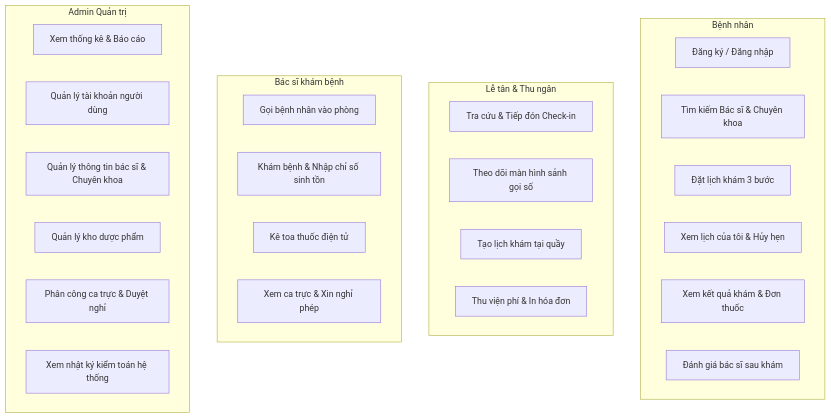
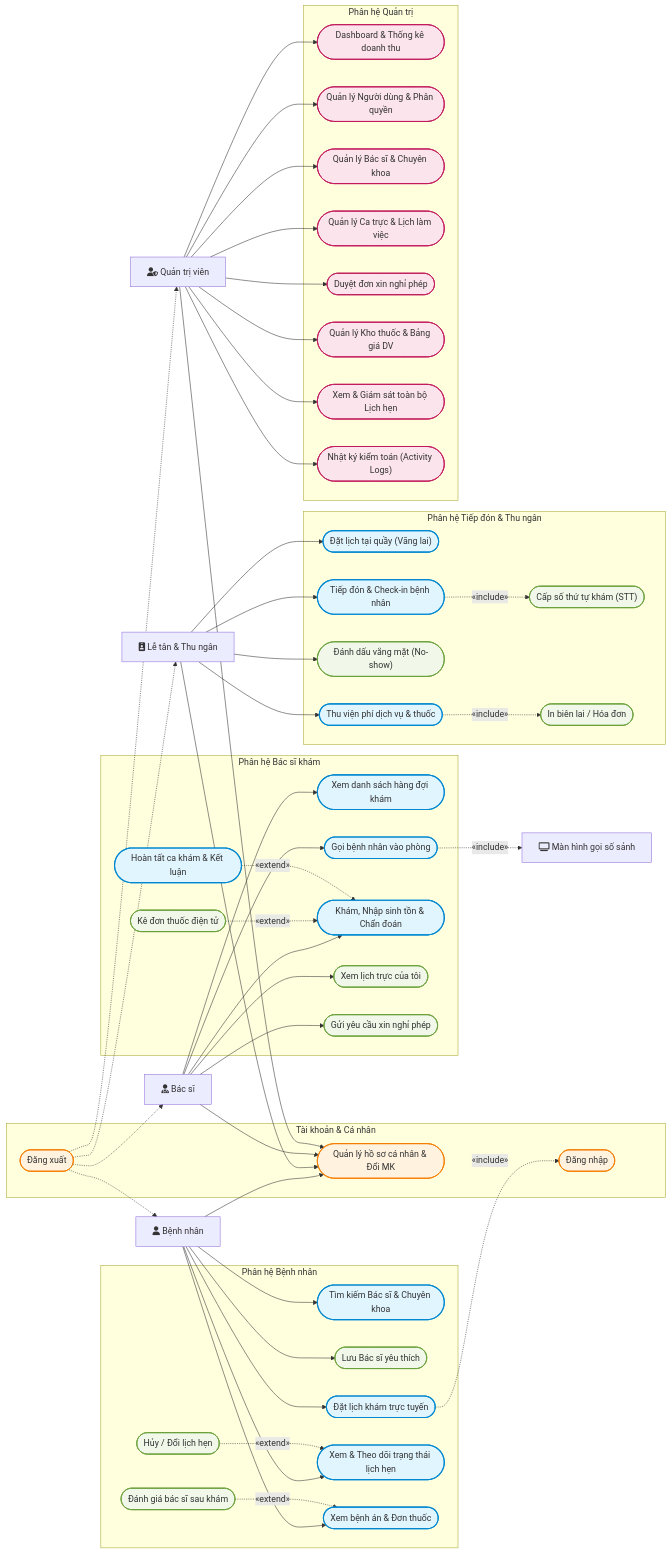
The diagram in docs/USE_CASE.md (ntrungz0704/MediBook), drawn with Mermaid before and after one commit. The commit also changed other lines of this file and 35 other files, not shown here.

Commit message:
feat: complete MediBook clinic management system with 4-role RBAC, appointment booking, e-prescriptions, queue display, and doctor module fix

````diff
--- a/docs/USE_CASE.md
+++ b/docs/USE_CASE.md
@@ -5,34 +18,114 @@
 ```mermaid
-graph TD
-  subgraph KhachHang [Bệnh nhân]
-    UC_Reg[Đăng ký / Đăng nhập]
-    UC_Search[Tìm kiếm Bác sĩ & Chuyên khoa]
-    UC_Book[Đặt lịch khám 3 bước]
-    UC_MyBook[Xem lịch của tôi & Hủy hẹn]
-    UC_Record[Xem kết quả khám & Đơn thuốc]
-    UC_Review[Đánh giá bác sĩ sau khám]
-  end
+flowchart LR
+    %% Actors
+    Patient["fa:fa-user Bệnh nhân"]
+    Receptionist["fa:fa-id-badge Lễ tân & Thu ngân"]
+    Doctor["fa:fa-user-md Bác sĩ"]
+    Admin["fa:fa-user-shield Quản trị viên"]
+    LiveBoard["fa:fa-tv Màn hình gọi số sảnh"]
 
-  subgraph LeTan [Lễ tân & Thu ngân]
-    UC_Checkin[Tra cứu & Tiếp đón Check-in]
-    UC_QueueBoard[Theo dõi màn hình sảnh gọi số]
-    UC_Walkin[Tạo lịch khám tại quầy]
-    UC_Payment[Thu viện phí & In hóa đơn]
-  end
+    %% Auth & Profile
+    subgraph UC_General [Tài khoản & Cá nhân]
+        UC_Login(["Đăng nhập"]):::common
+        UC_Logout(["Đăng xuất"]):::common
+        UC_Profile(["Quản lý hồ sơ cá nhân & Đổi MK"]):::common
+    end
 
-  subgraph BacSi [Bác sĩ khám bệnh]
-    UC_Call[Gọi bệnh nhân vào phòng]
-    UC_Examine[Khám bệnh & Nhập chỉ số sinh tồn]
-    UC_Prescribe[Kê toa thuốc điện tử]
-    UC_DocSchedule[Xem ca trực & Xin nghỉ phép]
-  end
+    %% Patient Subgraph
+    subgraph UC_Patient [Phân hệ Bệnh nhân]
+        UC_Search(["Tìm kiếm Bác sĩ & Chuyên khoa"]):::core
+        UC_Fav(["Lưu Bác sĩ yêu thích"]):::sub
+        UC_Book(["Đặt lịch khám trực tuyến"]):::core
+        UC_MyAppt(["Xem & Theo dõi trạng thái lịch hẹn"]):::core
+        UC_Cancel(["Hủy / Đổi lịch hẹn"]):::sub
+        UC_History(["Xem bệnh án & Đơn thuốc"]):::core
+        UC_Review(["Đánh giá bác sĩ sau khám"]):::sub
+    end
 
-  subgraph QuanTri [Admin Quản trị]
-    UC_AdminDash[Xem thống kê & Báo cáo]
-    UC_UserCRUD[Quản lý tài khoản người dùng]
-    UC_DoctorCRUD[Quản lý thông tin bác sĩ & Chuyên khoa]
-    UC_MedicineCRUD[Quản lý kho dược phẩm]
-    UC_ScheduleCRUD[Phân công ca trực & Duyệt nghỉ]
-    UC_AuditLog[Xem nhật ký kiểm toán hệ thống]
-  end
+    %% Receptionist Subgraph
+    subgraph UC_Receptionist [Phân hệ Tiếp đón & Thu ngân]
+        UC_Walkin(["Đặt lịch tại quầy (Vãng lai)"]):::core
+        UC_Checkin(["Tiếp đón & Check-in bệnh nhân"]):::core
+        UC_STT(["Cấp số thứ tự khám (STT)"]):::sub
+        UC_NoShow(["Đánh dấu vắng mặt (No-show)"]):::sub
+        UC_Payment(["Thu viện phí dịch vụ & thuốc"]):::core
+        UC_Receipt(["In biên lai / Hóa đơn"]):::sub
+    end
+
+    %% Doctor Subgraph
+    subgraph UC_Doctor [Phân hệ Bác sĩ khám]
+        UC_Queue(["Xem danh sách hàng đợi khám"]):::core
+        UC_Call(["Gọi bệnh nhân vào phòng"]):::core
+        UC_Examine(["Khám, Nhập sinh tồn & Chẩn đoán"]):::core
+        UC_Prescribe(["Kê đơn thuốc điện tử"]):::sub
+        UC_Complete(["Hoàn tất ca khám & Kết luận"]):::core
+        UC_Shift(["Xem lịch trực của tôi"]):::sub
+        UC_Leave(["Gửi yêu cầu xin nghỉ phép"]):::sub
+    end
+
+    %% Admin Subgraph
+    subgraph UC_Admin [Phân hệ Quản trị]
+        UC_Dash(["Dashboard & Thống kê doanh thu"]):::admin
+        UC_Users(["Quản lý Người dùng & Phân quyền"]):::admin
+        UC_Docs(["Quản lý Bác sĩ & Chuyên khoa"]):::admin
+        UC_Sched(["Quản lý Ca trực & Lịch làm việc"]):::admin
+        UC_ApproveLeave(["Duyệt đơn xin nghỉ phép"]):::admin
+        UC_Meds(["Quản lý Kho thuốc & Bảng giá DV"]):::admin
+        UC_Appts(["Xem & Giám sát toàn bộ Lịch hẹn"]):::admin
+        UC_Logs(["Nhật ký kiểm toán (Activity Logs)"]):::admin
+    end
+
+    %% Actor Connections
+    Patient --> UC_Profile
+    Patient --> UC_Search
+    Patient --> UC_Fav
+    Patient --> UC_Book
+    Patient --> UC_MyAppt
+    Patient --> UC_History
+
+    Receptionist --> UC_Profile
+    Receptionist --> UC_Walkin
+    Receptionist --> UC_Checkin
+    Receptionist --> UC_NoShow
+    Receptionist --> UC_Payment
+
+    Doctor --> UC_Profile
+    Doctor --> UC_Queue
+    Doctor --> UC_Call
+    Doctor --> UC_Examine
+    Doctor --> UC_Shift
+    Doctor --> UC_Leave
+
+    Admin --> UC_Profile
+    Admin --> UC_Dash
+    Admin --> UC_Users
+    Admin --> UC_Docs
+    Admin --> UC_Sched
+    Admin --> UC_ApproveLeave
+    Admin --> UC_Meds
+    Admin --> UC_Appts
+    Admin --> UC_Logs
+
+    %% Include relationships
+    UC_Book -.->|«include»| UC_Login
+    UC_Checkin -.->|«include»| UC_STT
+    UC_Payment -.->|«include»| UC_Receipt
+    UC_Call -.->|«include»| LiveBoard
+
+    %% Extend relationships
+    UC_Cancel -.->|«extend»| UC_MyAppt
+    UC_Review -.->|«extend»| UC_History
+    UC_Prescribe -.->|«extend»| UC_Examine
+    UC_Complete -.->|«extend»| UC_Examine
+
+    %% Common logout
+    UC_Logout -.-> Patient
+    UC_Logout -.-> Receptionist
+    UC_Logout -.-> Doctor
+    UC_Logout -.-> Admin
+
+    classDef core fill:#e1f5fe,stroke:#0288d1,stroke-width:2px;
+    classDef sub fill:#f1f8e9,stroke:#689f38,stroke-width:1.5px;
+    classDef common fill:#fff3e0,stroke:#f57c00,stroke-width:1.5px;
+    classDef admin fill:#fce4ec,stroke:#c2185b,stroke-width:1.5px;
 ```
````
